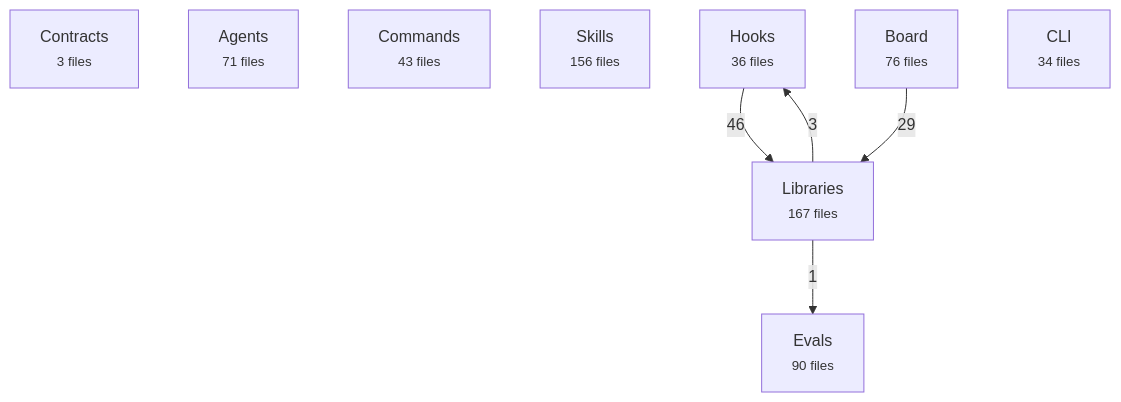
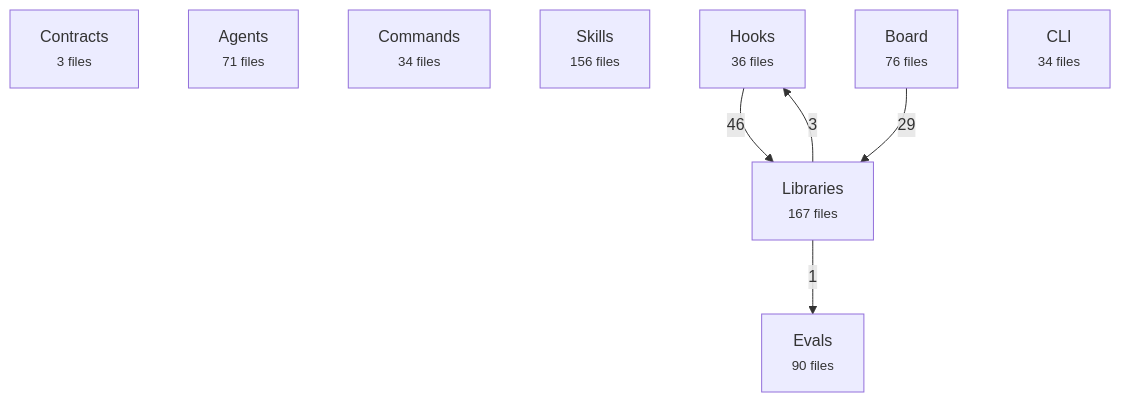
The first of 2 diagrams in docs/reference/architecture-map.md (avelikiy/great_cto), drawn with Mermaid before and after one commit. The commit also changed other lines of this file and 24 other files, not shown here.

````diff
--- a/docs/reference/architecture-map.md
+++ b/docs/reference/architecture-map.md
@@ -20,16 +20,16 @@
 ```mermaid
 flowchart TD
   contracts["Contracts<br/><small>3 files</small>"]
   agents["Agents<br/><small>71 files</small>"]
-  commands["Commands<br/><small>43 files</small>"]
+  commands["Commands<br/><small>34 files</small>"]
   skills["Skills<br/><small>156 files</small>"]
   hooks["Hooks<br/><small>36 files</small>"]
   libs["Libraries<br/><small>167 files</small>"]
   board["Board<br/><small>76 files</small>"]
   cli["CLI<br/><small>34 files</small>"]
   evals["Evals<br/><small>90 files</small>"]
   hooks -->|46| libs
   board -->|29| libs
   libs -->|3| hooks
   libs -->|1| evals
 ```
````
